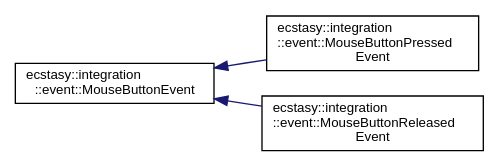
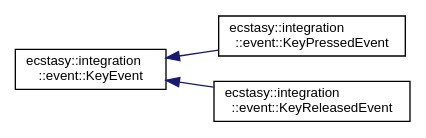
One commit to AndreasLrx/ecstasy changed the diagram in inherit_graph_19.dot. Above: the diagram before and after it, drawn with Graphviz. The commit also changed 382 other files, not shown here.

```diff
--- a/inherit_graph_19.dot
+++ b/inherit_graph_19.dot
@@ -1,12 +1,12 @@
 digraph "Graphical Class Hierarchy"
 {
  // LATEX_PDF_SIZE
   edge [fontname="Helvetica",fontsize="10",labelfontname="Helvetica",labelfontsize="10"];
   node [fontname="Helvetica",fontsize="10",shape=record];
   rankdir="LR";
-  Node0 [label="ecstasy::integration\l::event::MouseButtonEvent",height=0.2,width=0.4,color="black", fillcolor="white", style="filled",URL="$structecstasy_1_1integration_1_1event_1_1_mouse_button_event.html",tooltip="Event describing when a mouse button is pressed or released."];
+  Node0 [label="ecstasy::integration\l::event::KeyEvent",height=0.2,width=0.4,color="black", fillcolor="white", style="filled",URL="$structecstasy_1_1integration_1_1event_1_1_key_event.html",tooltip="Event describing a key pressed or released."];
   Node0 -> Node1 [dir="back",color="midnightblue",fontsize="10",style="solid",fontname="Helvetica"];
-  Node1 [label="ecstasy::integration\l::event::MouseButtonPressed\lEvent",height=0.2,width=0.4,color="black", fillcolor="white", style="filled",URL="$structecstasy_1_1integration_1_1event_1_1_mouse_button_pressed_event.html",tooltip="Event describing when a mouse button is pressed."];
+  Node1 [label="ecstasy::integration\l::event::KeyPressedEvent",height=0.2,width=0.4,color="black", fillcolor="white", style="filled",URL="$structecstasy_1_1integration_1_1event_1_1_key_pressed_event.html",tooltip="Event describing a key pressed."];
   Node0 -> Node2 [dir="back",color="midnightblue",fontsize="10",style="solid",fontname="Helvetica"];
-  Node2 [label="ecstasy::integration\l::event::MouseButtonReleased\lEvent",height=0.2,width=0.4,color="black", fillcolor="white", style="filled",URL="$structecstasy_1_1integration_1_1event_1_1_mouse_button_released_event.html",tooltip="Event describing when a mouse button is released."];
+  Node2 [label="ecstasy::integration\l::event::KeyReleasedEvent",height=0.2,width=0.4,color="black", fillcolor="white", style="filled",URL="$structecstasy_1_1integration_1_1event_1_1_key_released_event.html",tooltip="Event describing a key released."];
 }
```
